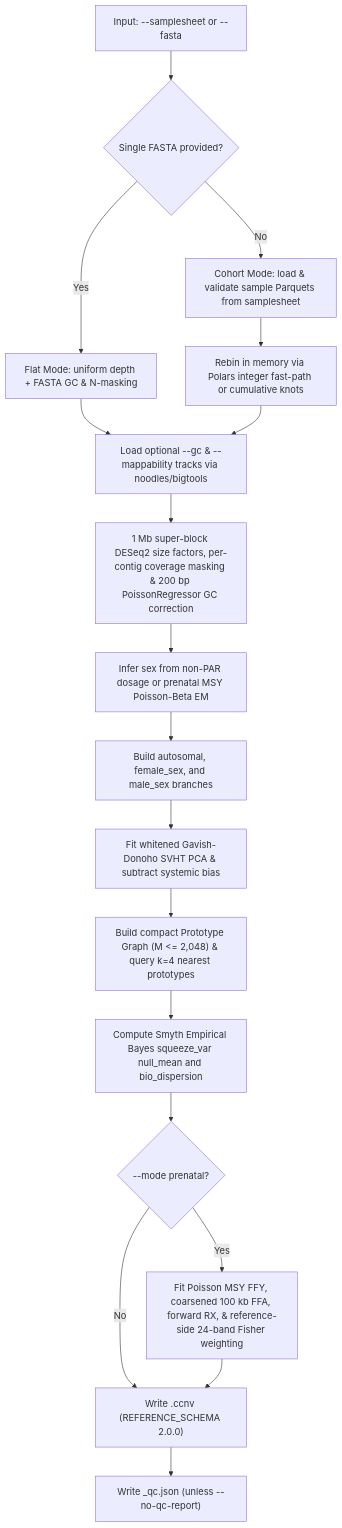
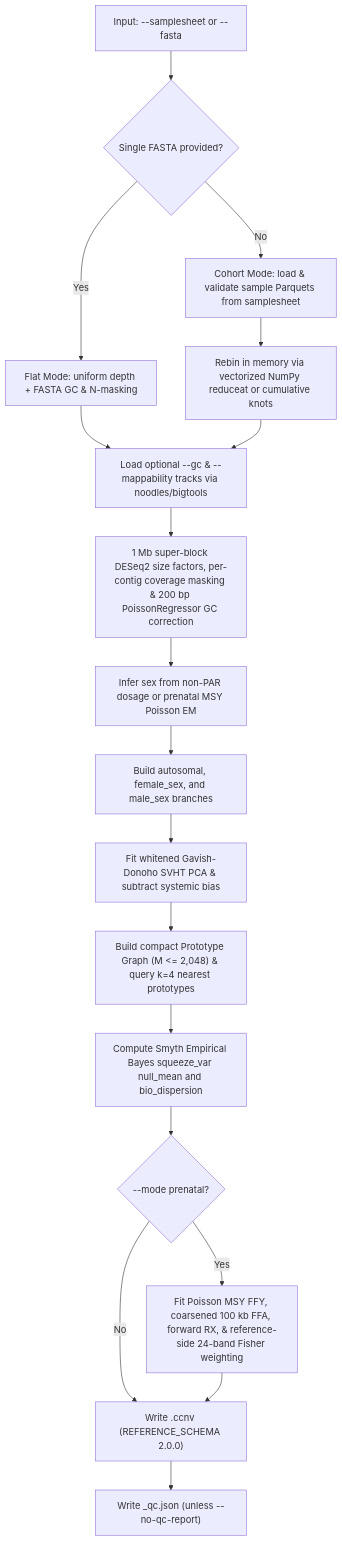
Before and after one commit to matthdsm/ccnv: the third of 4 diagrams in docs/pipeline.md, drawn with Mermaid. The commit also changed 15 other files, not shown here.

````diff
--- a/docs/pipeline.md
+++ b/docs/pipeline.md
@@ -57,20 +57,20 @@
 ```mermaid
 flowchart TD
     InputArg["Input: --samplesheet or --fasta"] --> ModeDecision{"Single FASTA provided?"}
     ModeDecision -- Yes --> FlatMode["Flat Mode: uniform depth + FASTA GC & N-masking"]
     ModeDecision -- No --> CohortMode["Cohort Mode: load & validate sample Parquets from samplesheet"]
-    CohortMode --> RebinCheck["Rebin in memory via Polars integer fast-path or cumulative knots"]
+    CohortMode --> RebinCheck["Rebin in memory via vectorized NumPy reduceat or cumulative knots"]
     FlatMode --> CovTrack["Load optional --gc & --mappability tracks via noodles/bigtools"]
     RebinCheck --> CovTrack
     CovTrack --> DepthNorm["1 Mb super-block DESeq2 size factors, per-contig coverage masking & 200 bp PoissonRegressor GC correction"]
-    DepthNorm --> SexInference["Infer sex from non-PAR dosage or prenatal MSY Poisson-Beta EM"]
+    DepthNorm --> SexInference["Infer sex from non-PAR dosage or prenatal MSY Poisson EM"]
     SexInference --> BranchPartition["Build autosomal, female_sex, and male_sex branches"]
     BranchPartition --> FitPCA["Fit whitened Gavish-Donoho SVHT PCA & subtract systemic bias"]
     FitPCA --> FitPrototypes["Build compact Prototype Graph (M <= 2,048) & query k=4 nearest prototypes"]
     FitPrototypes --> FitNull["Compute Smyth Empirical Bayes squeeze_var null_mean and bio_dispersion"]
     FitNull --> PrenatalCheck{"--mode prenatal?"}
     PrenatalCheck -- Yes --> FitPrenatal["Fit Poisson MSY FFY, coarsened 100 kb FFA, forward RX, & reference-side 24-band Fisher weighting"]
     PrenatalCheck -- No --> WriteRef["Write <prefix>.ccnv (REFERENCE_SCHEMA 2.0.0)"]
     FitPrenatal --> WriteRef
     WriteRef --> WriteQC["Write <prefix>_qc.json (unless --no-qc-report)"]
 ```
````
